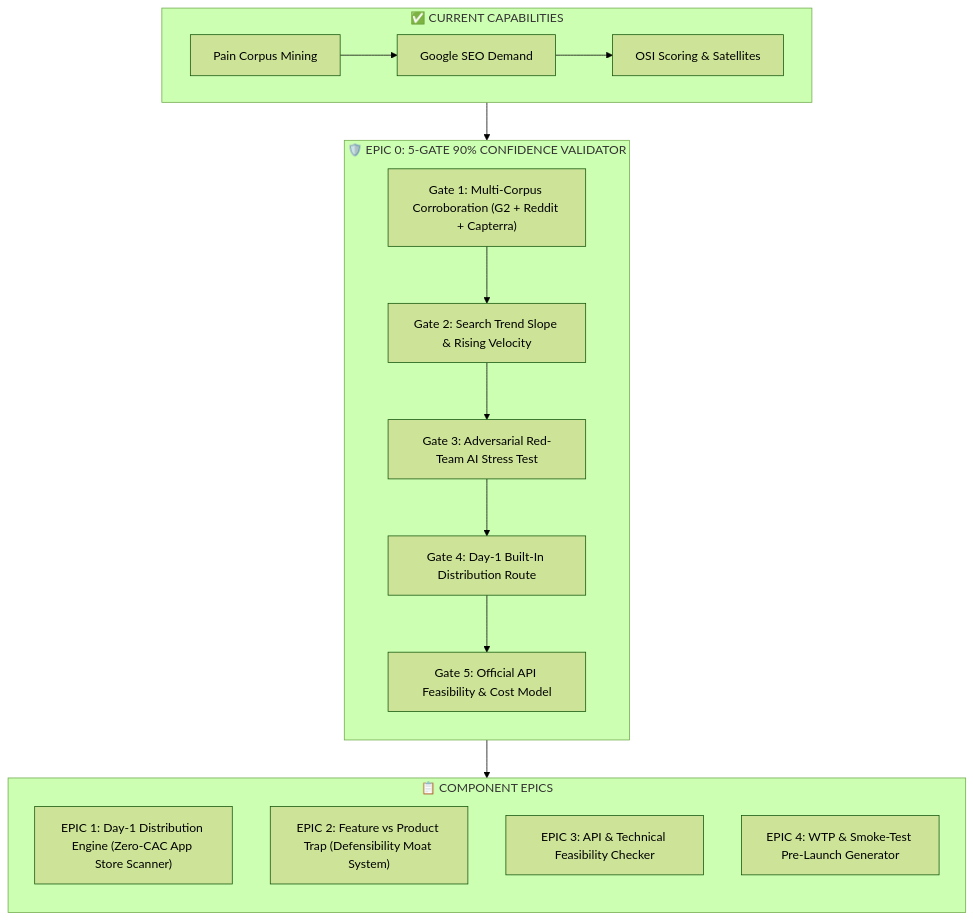
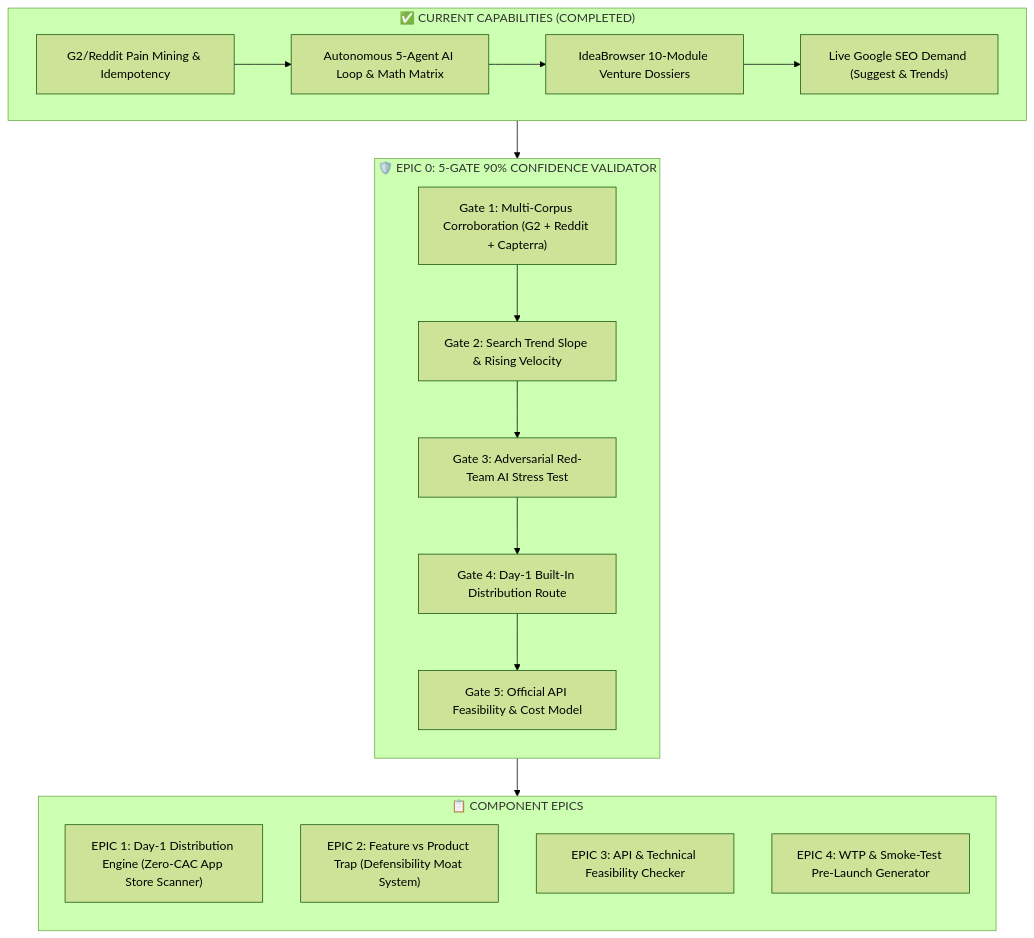
One commit to Amrith-ops/idea-generating-engine changed the first of 2 diagrams in project_management/BACKLOG.md. Above: the diagram before and after it, drawn with Mermaid (forest theme). The commit also changed other lines of this file and 12 other files, not shown here.

````diff
--- a/project_management/BACKLOG.md
+++ b/project_management/BACKLOG.md
@@ -24,28 +25,29 @@
 ```mermaid
 flowchart TB
-    subgraph CURRENT["✅ CURRENT CAPABILITIES"]
-        C1["Pain Corpus Mining"] --> C2["Google SEO Demand"]
-        C2 --> C3["OSI Scoring & Satellites"]
+    subgraph CURRENT["✅ CURRENT CAPABILITIES (COMPLETED)"]
+        C1["G2/Reddit Pain Mining & Idempotency"] --> C2["Autonomous 5-Agent AI Loop & Math Matrix"]
+        C2 --> C3["IdeaBrowser 10-Module Venture Dossiers"]
+        C3 --> C4["Live Google SEO Demand (Suggest & Trends)"]
     end
 
     subgraph VALIDATOR["🛡️ EPIC 0: 5-GATE 90% CONFIDENCE VALIDATOR"]
         direction TB
         G1["Gate 1: Multi-Corpus Corroboration (G2 + Reddit + Capterra)"]
         G2["Gate 2: Search Trend Slope & Rising Velocity"]
         G3["Gate 3: Adversarial Red-Team AI Stress Test"]
         G4["Gate 4: Day-1 Built-In Distribution Route"]
         G5["Gate 5: Official API Feasibility & Cost Model"]
         G1 --> G2 --> G3 --> G4 --> G5
     end
 
     subgraph ROADMAP["📋 COMPONENT EPICS"]
         direction TB
         B1["EPIC 1: Day-1 Distribution Engine (Zero-CAC App Store Scanner)"]
         B2["EPIC 2: Feature vs Product Trap (Defensibility Moat System)"]
         B3["EPIC 3: API & Technical Feasibility Checker"]
         B4["EPIC 4: WTP & Smoke-Test Pre-Launch Generator"]
     end
 
     CURRENT --> VALIDATOR
     VALIDATOR --> ROADMAP
 ```
````
